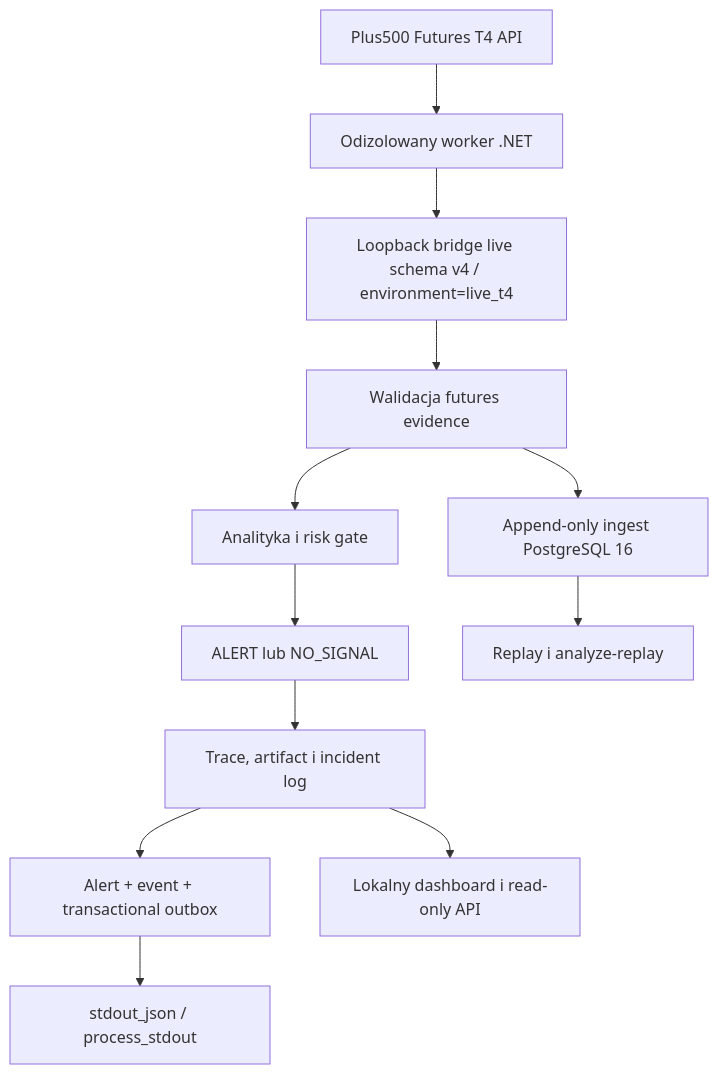
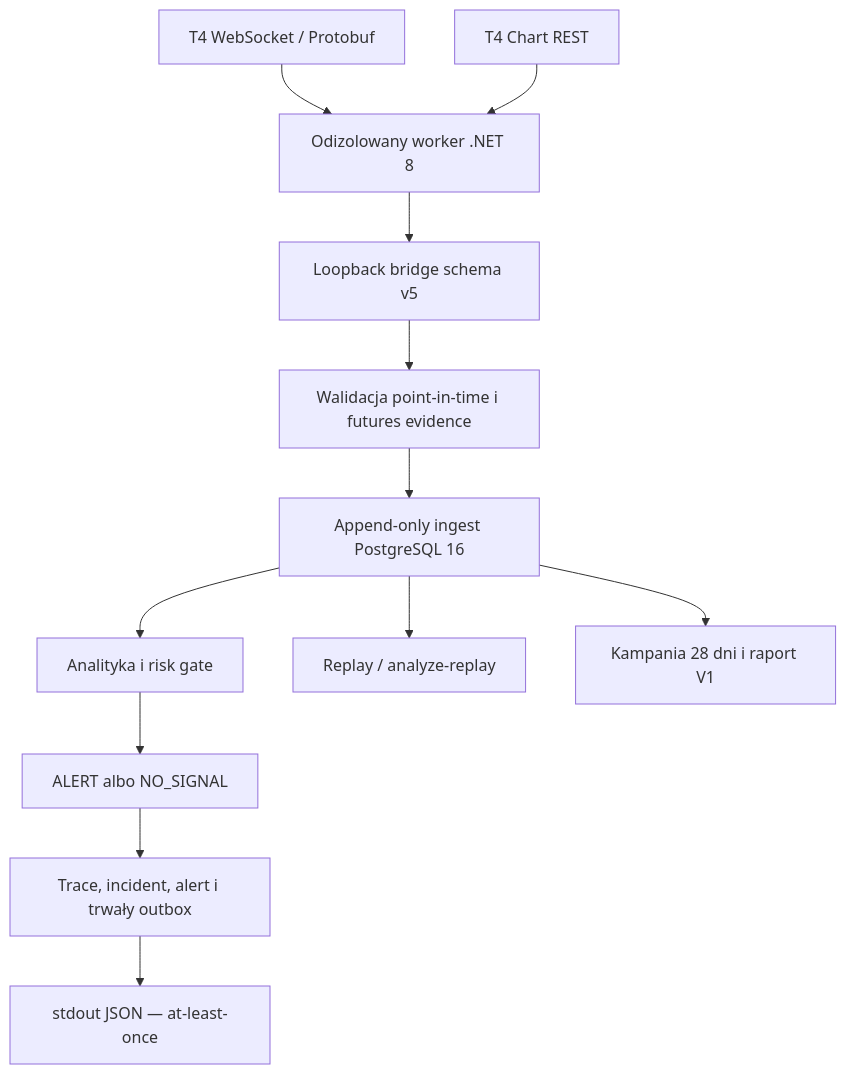
The diagram in docs/ARCHITECTURE.md (PawelZhenchak/Agent_Crypto-), drawn with Mermaid before and after one commit. The commit also changed other lines of this file and 45 other files, not shown here.

````diff
--- a/docs/ARCHITECTURE.md
+++ b/docs/ARCHITECTURE.md
@@ -3,14 +3,14 @@
 ```mermaid
 flowchart TD
-    A["Plus500 Futures T4 API"] --> B["Odizolowany worker .NET"]
-    B --> C["Loopback bridge live schema v4 / environment=live_t4"]
-    C --> D["Walidacja futures evidence"]
-    D --> E["Analityka i risk gate"]
-    E --> F["ALERT lub NO_SIGNAL"]
-    D --> G["Append-only ingest PostgreSQL 16"]
-    G --> H["Replay i analyze-replay"]
-    F --> I["Trace, artifact i incident log"]
-    I --> J["Alert + event + transactional outbox"]
-    J --> K["stdout_json / process_stdout"]
-    I --> L["Lokalny dashboard i read-only API"]
+    W["T4 WebSocket / Protobuf"] --> B["Odizolowany worker .NET 8"]
+    R["T4 Chart REST"] --> B
+    B --> C["Loopback bridge schema v5"]
+    C --> D["Walidacja point-in-time i futures evidence"]
+    D --> E["Append-only ingest PostgreSQL 16"]
+    E --> F["Analityka i risk gate"]
+    F --> G["ALERT albo NO_SIGNAL"]
+    G --> H["Trace, incident, alert i trwały outbox"]
+    H --> I["stdout JSON — at-least-once"]
+    E --> J["Replay / analyze-replay"]
+    E --> K["Kampania 28 dni i raport V1"]
 ```
````
